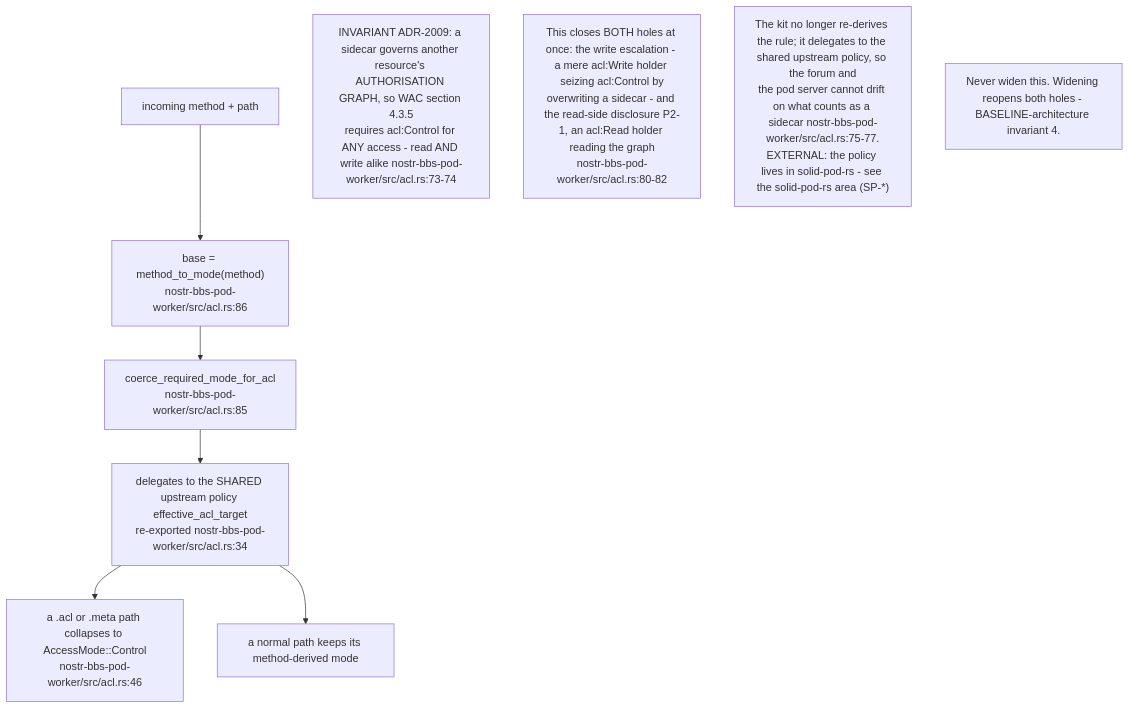
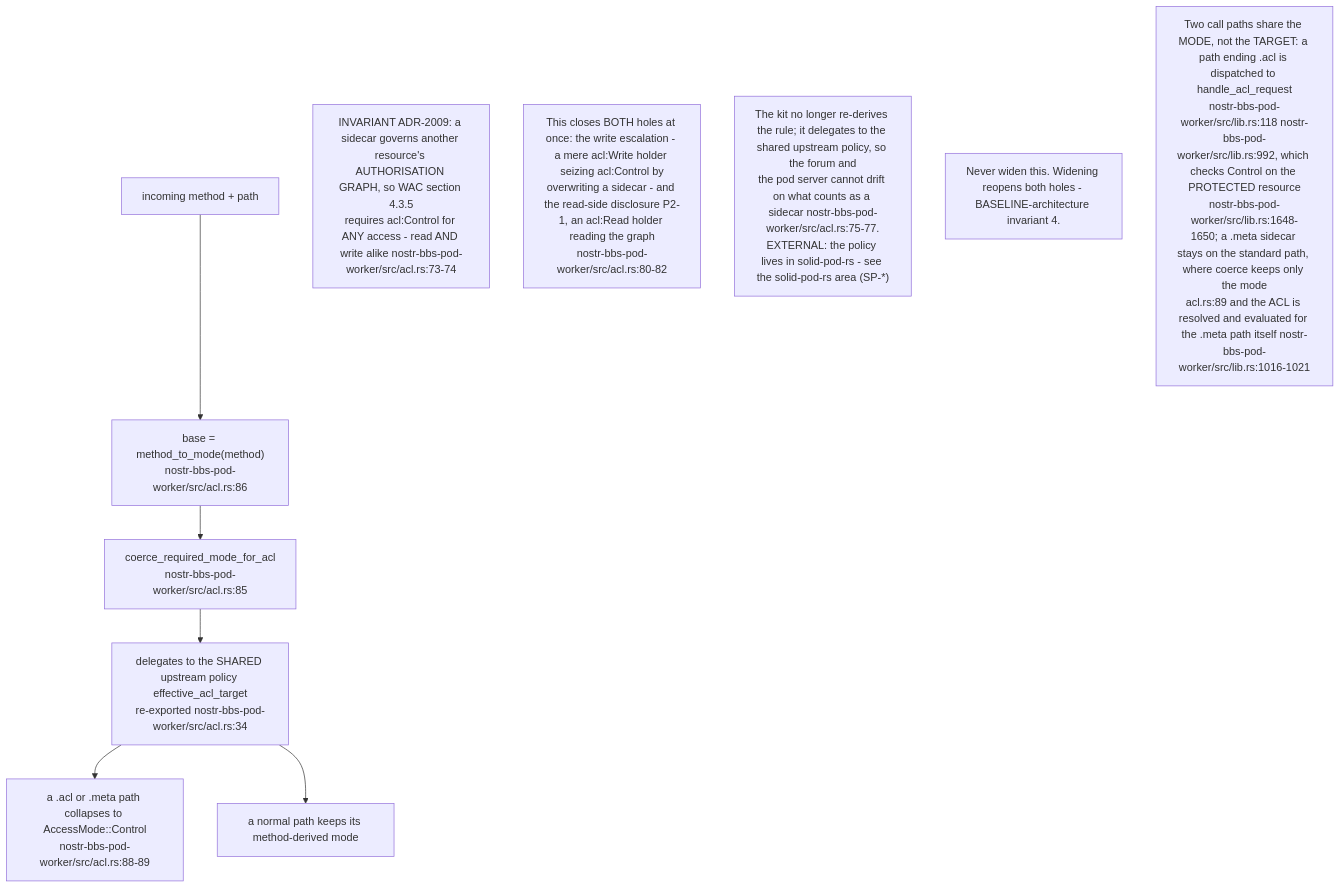
The third of 10 diagrams in docs/diagrams/nostr-rust-forum/04-pod-worker-ldp-wac-and-delegation.md (DreamLab-AI/VisionFlow), drawn with Mermaid before and after one commit. The commit also changed other lines of this file and 91 other files, not shown here.

````diff
--- a/docs/diagrams/nostr-rust-forum/04-pod-worker-ldp-wac-and-delegation.md
+++ b/docs/diagrams/nostr-rust-forum/04-pod-worker-ldp-wac-and-delegation.md
@@ -110,18 +112,19 @@
 ```mermaid
 flowchart TB
     REQ["incoming method + path"]
     BASE["base = method_to_mode(method)<br/>nostr-bbs-pod-worker/src/acl.rs:86"]
     COERCE["coerce_required_mode_for_acl<br/>nostr-bbs-pod-worker/src/acl.rs:85"]
     SHARED["delegates to the SHARED upstream policy effective_acl_target<br/>re-exported nostr-bbs-pod-worker/src/acl.rs:34"]
-    CTRL["a .acl or .meta path collapses to AccessMode::Control<br/>nostr-bbs-pod-worker/src/acl.rs:46"]
+    CTRL["a .acl or .meta path collapses to AccessMode::Control<br/>nostr-bbs-pod-worker/src/acl.rs:88-89"]
     NORM["a normal path keeps its method-derived mode"]
 
     REQ --> BASE --> COERCE --> SHARED
     SHARED --> CTRL
     SHARED --> NORM
 
     N1["INVARIANT ADR-2009: a sidecar governs another resource's AUTHORISATION GRAPH, so WAC section 4.3.5<br/>requires acl:Control for ANY access - read AND write alike nostr-bbs-pod-worker/src/acl.rs:73-74"]
     N2["This closes BOTH holes at once: the write escalation - a mere acl:Write holder seizing acl:Control by<br/>overwriting a sidecar - and the read-side disclosure P2-1, an acl:Read holder reading the graph<br/>nostr-bbs-pod-worker/src/acl.rs:80-82"]
     N3["The kit no longer re-derives the rule; it delegates to the shared upstream policy, so the forum and<br/>the pod server cannot drift on what counts as a sidecar nostr-bbs-pod-worker/src/acl.rs:75-77.<br/>EXTERNAL: the policy lives in solid-pod-rs - see the solid-pod-rs area (SP-*)"]
     N4["Never widen this. Widening reopens both holes - BASELINE-architecture invariant 4."]
+    N5["Two call paths share the MODE, not the TARGET: a path ending .acl is dispatched to handle_acl_request<br/>nostr-bbs-pod-worker/src/lib.rs:118 nostr-bbs-pod-worker/src/lib.rs:992, which checks Control on the PROTECTED resource<br/>nostr-bbs-pod-worker/src/lib.rs:1648-1650; a .meta sidecar stays on the standard path, where coerce keeps only the mode<br/>acl.rs:89 and the ACL is resolved and evaluated for the .meta path itself nostr-bbs-pod-worker/src/lib.rs:1016-1021"]
 ```
````
